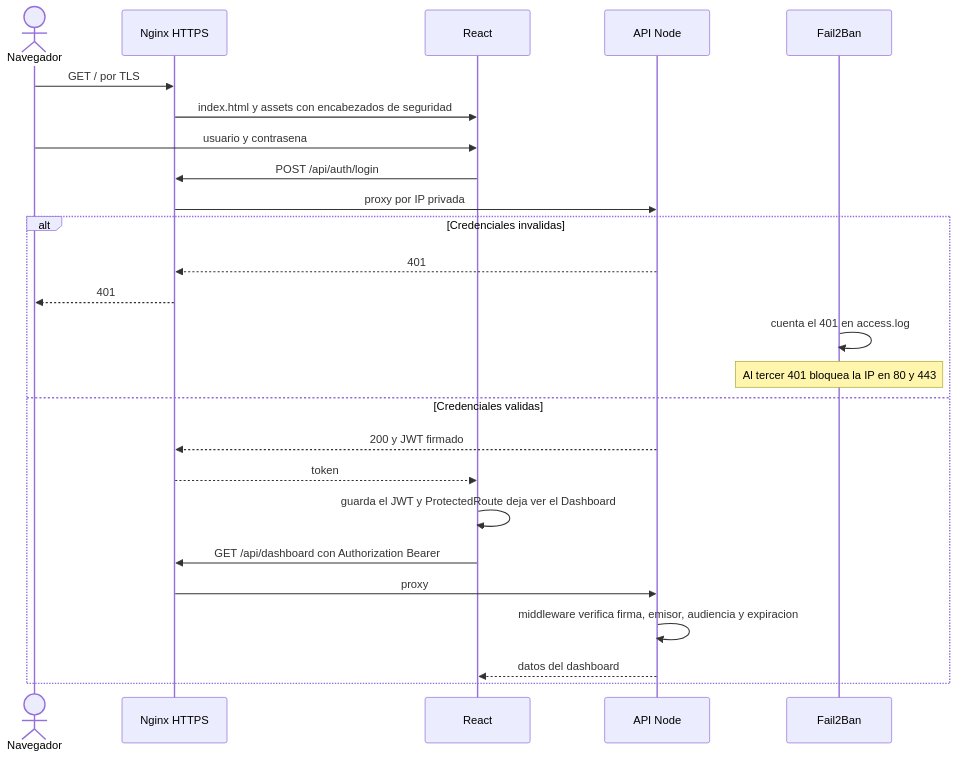
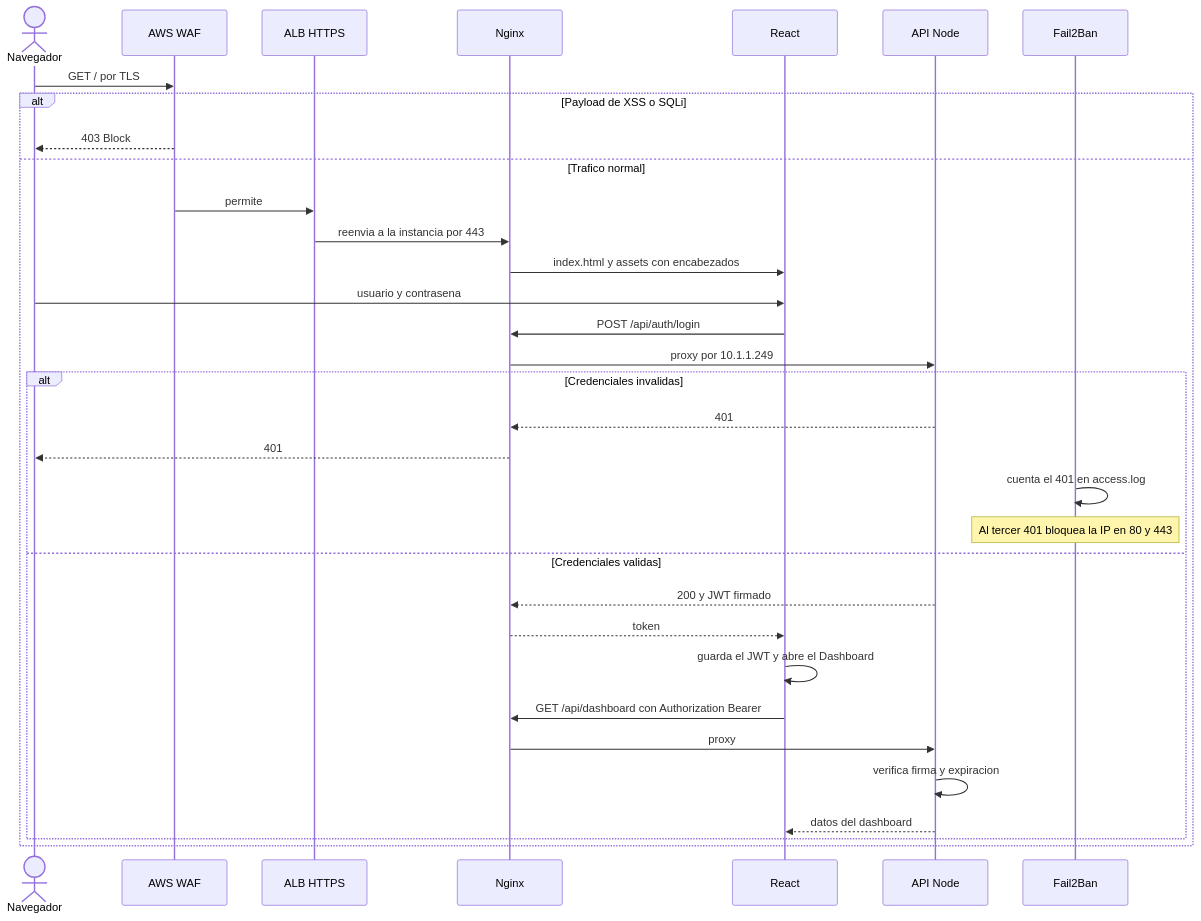
One commit to EduardoRamos21/actividad-1-zero-trust changed the third of 3 diagrams in diagrama-arquitectura.md. Above: the diagram before and after it, drawn with Mermaid. The commit also changed other lines of this file and 7 other files, not shown here.

First line of the commit message:
Sustituye CloudFront por un ALB con WAF regional.

````diff
--- a/diagrama-arquitectura.md
+++ b/diagrama-arquitectura.md
@@ -70,28 +86,36 @@
 ```mermaid
 sequenceDiagram
   actor U as Navegador
-  participant N as Nginx HTTPS
+  participant W as AWS WAF
+  participant A as ALB HTTPS
+  participant N as Nginx
   participant F as React
   participant B as API Node
   participant J as Fail2Ban
 
-  U->>N: GET / por TLS
-  N->>F: index.html y assets con encabezados de seguridad
-  U->>F: usuario y contrasena
-  F->>N: POST /api/auth/login
-  N->>B: proxy por IP privada
-  alt Credenciales invalidas
-    B-->>N: 401
-    N-->>U: 401
-    J->>J: cuenta el 401 en access.log
-    Note over J: Al tercer 401 bloquea la IP en 80 y 443
-  else Credenciales validas
-    B-->>N: 200 y JWT firmado
-    N-->>F: token
-    F->>F: guarda el JWT y ProtectedRoute deja ver el Dashboard
-    F->>N: GET /api/dashboard con Authorization Bearer
-    N->>B: proxy
-    B->>B: middleware verifica firma, emisor, audiencia y expiracion
-    B-->>F: datos del dashboard
+  U->>W: GET / por TLS
+  alt Payload de XSS o SQLi
+    W-->>U: 403 Block
+  else Trafico normal
+    W->>A: permite
+    A->>N: reenvia a la instancia por 443
+    N->>F: index.html y assets con encabezados
+    U->>F: usuario y contrasena
+    F->>N: POST /api/auth/login
+    N->>B: proxy por 10.1.1.249
+    alt Credenciales invalidas
+      B-->>N: 401
+      N-->>U: 401
+      J->>J: cuenta el 401 en access.log
+      Note over J: Al tercer 401 bloquea la IP en 80 y 443
+    else Credenciales validas
+      B-->>N: 200 y JWT firmado
+      N-->>F: token
+      F->>F: guarda el JWT y abre el Dashboard
+      F->>N: GET /api/dashboard con Authorization Bearer
+      N->>B: proxy
+      B->>B: verifica firma y expiracion
+      B-->>F: datos del dashboard
+    end
   end
 ```
````
